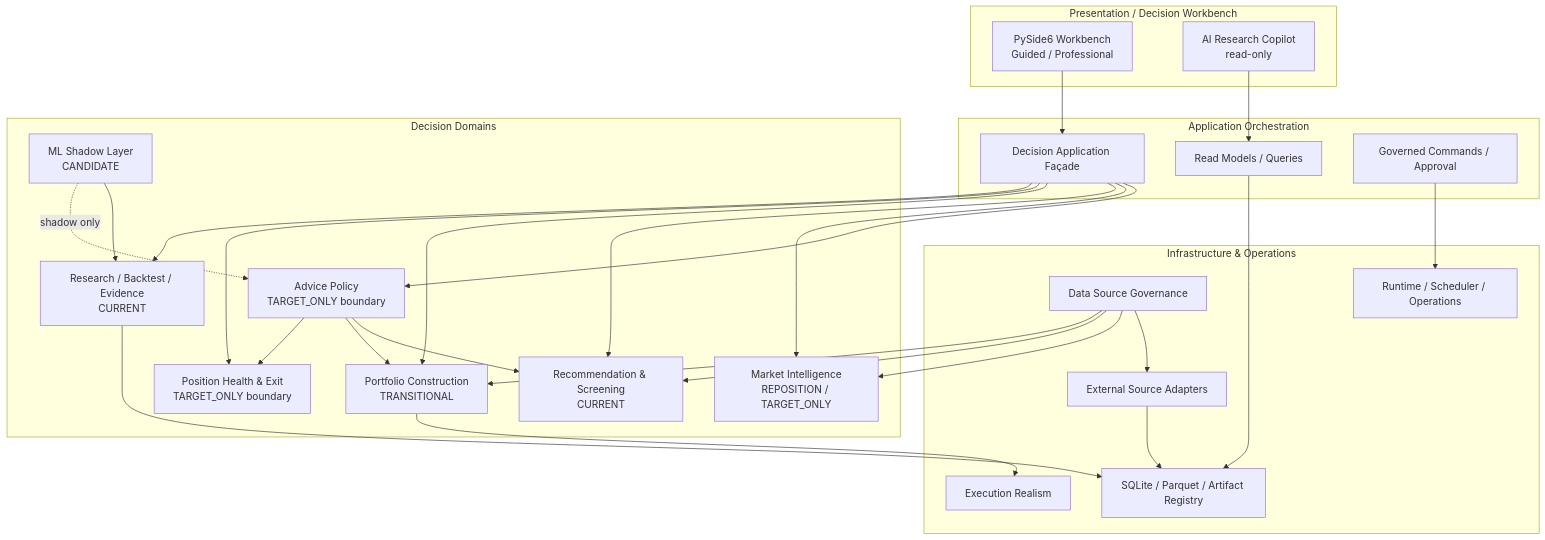
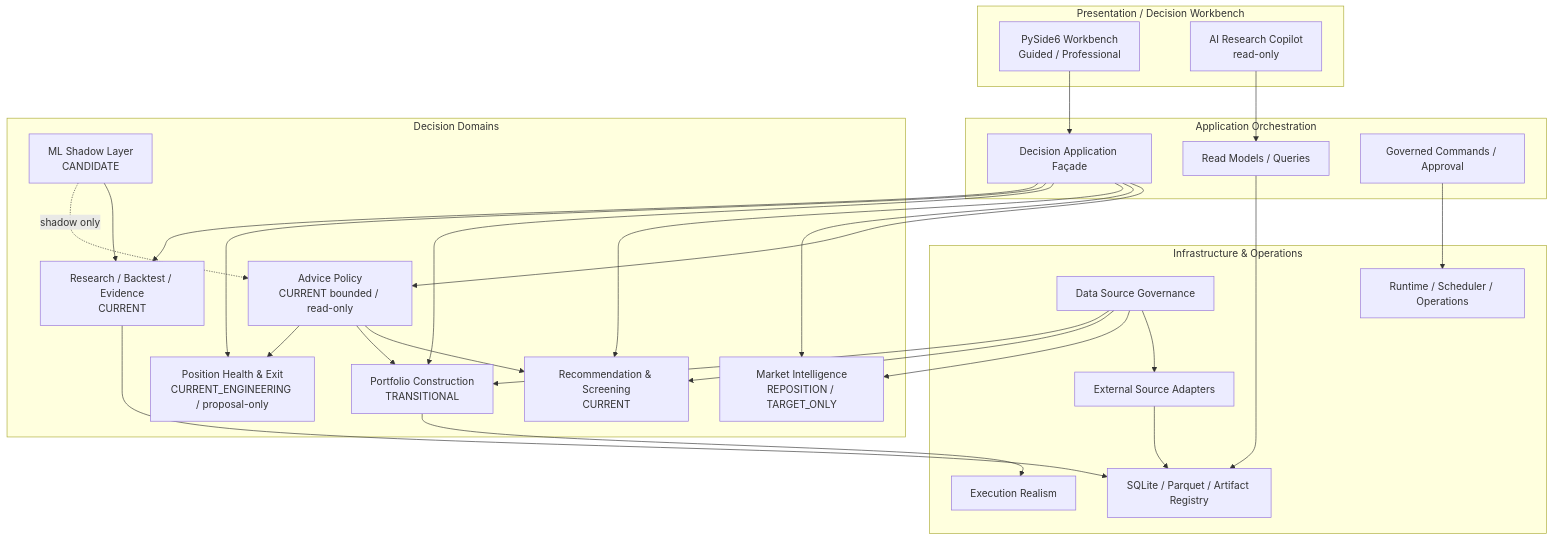
One commit to minleu94/technical_analysis changed the first of 6 diagrams in docs/01_architecture/target_system_architecture.md. Above: the diagram before and after it, drawn with Mermaid. The commit also changed other lines of this file and 15 other files, not shown here.

````diff
--- a/docs/01_architecture/target_system_architecture.md
+++ b/docs/01_architecture/target_system_architecture.md
@@ -63,54 +63,54 @@
 ```mermaid
 flowchart TB
     subgraph Presentation["Presentation / Decision Workbench"]
         UI["PySide6 Workbench\nGuided / Professional"]
         Copilot["AI Research Copilot\nread-only"]
     end
 
     subgraph Application["Application Orchestration"]
         Facade["Decision Application Façade"]
         Queries["Read Models / Queries"]
         Commands["Governed Commands / Approval"]
     end
 
     subgraph Domain["Decision Domains"]
-        Advice["Advice Policy\nTARGET_ONLY boundary"]
+        Advice["Advice Policy\nCURRENT bounded / read-only"]
         Market["Market Intelligence\nREPOSITION / TARGET_ONLY"]
         Reco["Recommendation & Screening\nCURRENT"]
         Portfolio["Portfolio Construction\nTRANSITIONAL"]
-        Health["Position Health & Exit\nTARGET_ONLY boundary"]
+        Health["Position Health & Exit\nCURRENT_ENGINEERING / proposal-only"]
         Research["Research / Backtest / Evidence\nCURRENT"]
         ML["ML Shadow Layer\nCANDIDATE"]
     end
 
     subgraph Infrastructure["Infrastructure & Operations"]
         Governance["Data Source Governance"]
         Adapters["External Source Adapters"]
         Storage["SQLite / Parquet / Artifact Registry"]
         Exec["Execution Realism"]
         Runtime["Runtime / Scheduler / Operations"]
     end
 
     UI --> Facade
     Copilot --> Queries
     Facade --> Advice
     Facade --> Market
     Facade --> Reco
     Facade --> Portfolio
     Facade --> Health
     Facade --> Research
     Queries --> Storage
     Commands --> Runtime
     Advice --> Reco
     Advice --> Portfolio
     Advice --> Health
     Portfolio --> Exec
     Research --> Storage
     ML --> Research
     ML -. "shadow only" .-> Advice
     Governance --> Adapters
     Adapters --> Storage
     Governance --> Market
     Governance --> Reco
     Governance --> Portfolio
 ```
````
